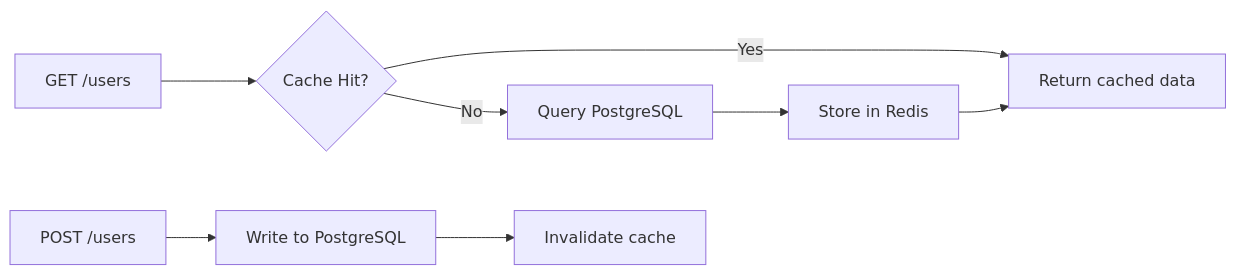
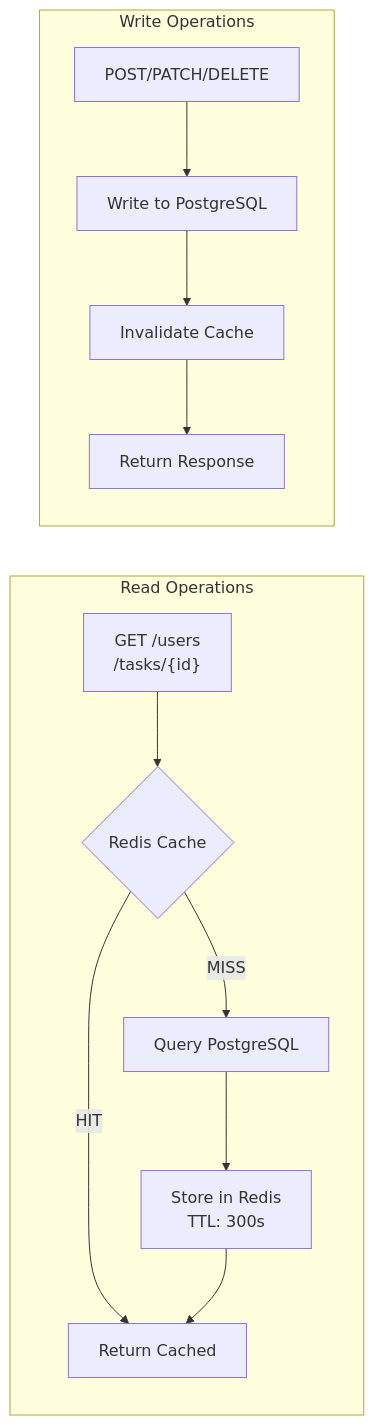
The fourth of 5 diagrams in README.md (anqorithm/user-crud-api), drawn with Mermaid before and after one commit. The commit also changed other lines of this file, not shown here.

Commit message:
docs: improve README diagrams and remove emojis

````diff
--- a/README.md
+++ b/README.md
@@ -140,10 +161,16 @@
 ```mermaid
 flowchart LR
-    A[GET /users] --> B{Cache Hit?}
-    B -->|Yes| C[Return cached data]
-    B -->|No| D[Query PostgreSQL]
-    D --> E[Store in Redis]
-    E --> C
-    F[POST /users] --> G[Write to PostgreSQL]
-    G --> H[Invalidate cache]
+    subgraph ReadOps["Read Operations"]
+        A["GET /users<br/>/tasks/{id}"] --> B{Redis Cache}
+        B -->|HIT| C["Return Cached"]
+        B -->|MISS| D["Query PostgreSQL"]
+        D --> E["Store in Redis<br/>TTL: 300s"]
+        E --> C
+    end
+
+    subgraph WriteOps["Write Operations"]
+        F["POST/PATCH/DELETE"] --> G["Write to PostgreSQL"]
+        G --> H["Invalidate Cache"]
+        H --> I["Return Response"]
+    end
 ```
````
